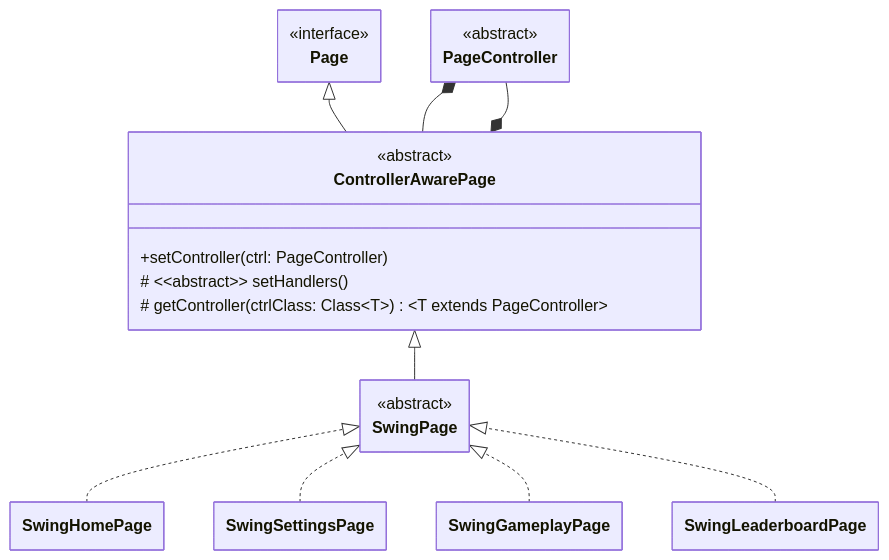
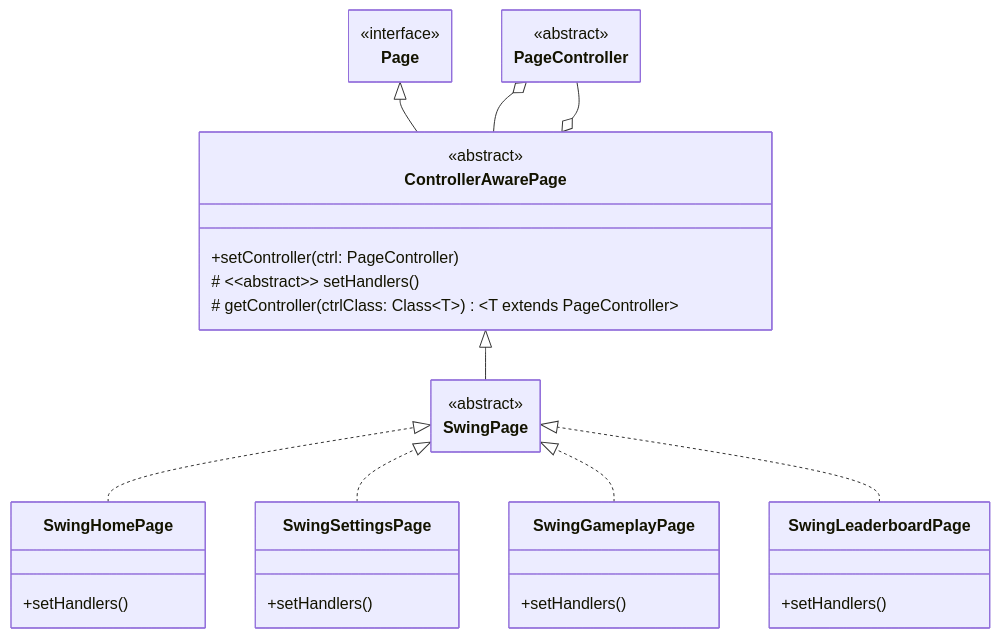
The diagram in code/Other/uml/emir/ctrl_bind.mermaid (Wanes01/OOP24-jvmt-REPORT), drawn with Mermaid before and after one commit. The commit also changed 6 other files, not shown here.

```diff
--- a/code/Other/uml/emir/ctrl_bind.mermaid
+++ b/code/Other/uml/emir/ctrl_bind.mermaid
@@ -1,39 +1,45 @@
 ---
 config:
   layout: dagre
   class:
     hideEmptyMembersBox: true
 ---
 classDiagram
 direction BT
     class ControllerAwarePage {
 	    +setController(ctrl: PageController)
 	    # ~~abstract~~ setHandlers()
 	    # getController(ctrlClass: Class~T~) ~T extends PageController~
     }
     class SwingPage {
     }
-    class SwingHomePage {
-    }
-    class SwingSettingsPage {
-    }
-    class SwingGameplayPage {
-    }
-    class SwingLeaderboardPage {
-    }
     class PageController {
     }
     class Page {
     }
+    class SwingHomePage {
+	    +setHandlers()
+    }
+    class SwingSettingsPage {
+	    +setHandlers()
+    }
+    class SwingGameplayPage {
+	    +setHandlers()
+    }
+    class SwingLeaderboardPage {
+	    +setHandlers()
+    }
+
 	<<abstract>> ControllerAwarePage
 	<<abstract>> SwingPage
 	<<abstract>> PageController
 	<<interface>> Page
+
     ControllerAwarePage --|> Page
     SwingPage --|> ControllerAwarePage
     SwingHomePage ..|> SwingPage
     SwingSettingsPage ..|> SwingPage
     SwingGameplayPage ..|> SwingPage
     SwingLeaderboardPage ..|> SwingPage
-    PageController --* ControllerAwarePage
-    ControllerAwarePage --* PageController
+    PageController --o ControllerAwarePage
+    ControllerAwarePage --o PageController
```
